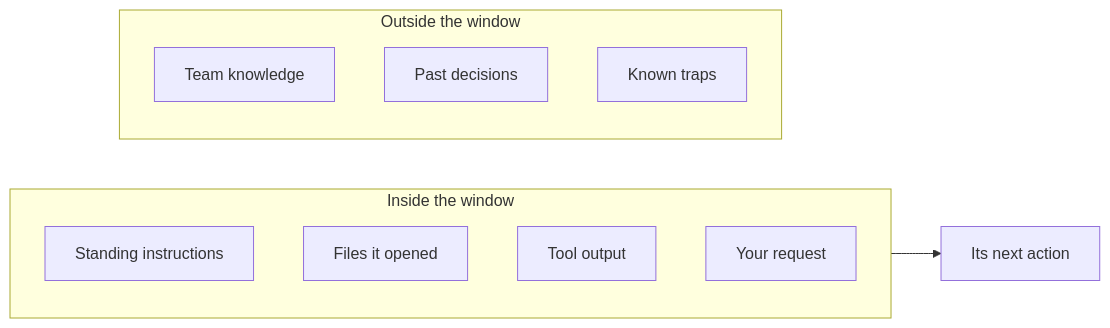
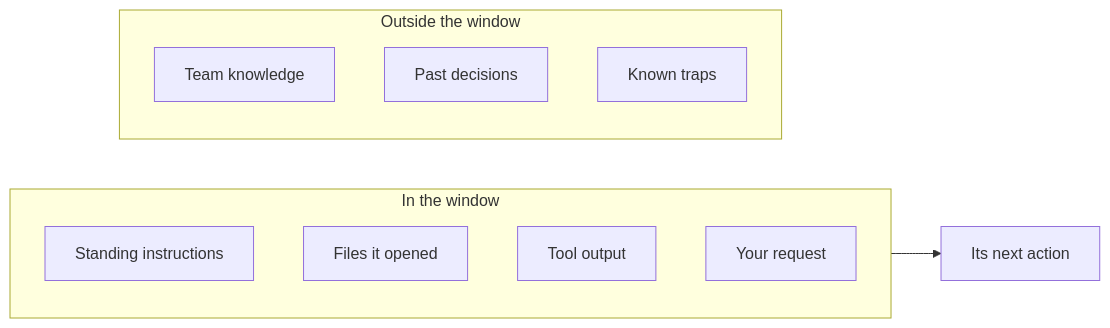
The second of 4 diagrams in engineering/decisions/2026-09-24-agentic-practice-audit/agentic-engineering-practices.md (Laticent/lattice), drawn with Mermaid before and after one commit. The commit also changed other lines of this file and 1 other file, not shown here.

````diff
--- a/engineering/decisions/2026-09-24-agentic-practice-audit/agentic-engineering-practices.md
+++ b/engineering/decisions/2026-09-24-agentic-practice-audit/agentic-engineering-practices.md
@@ -79,15 +102,15 @@
 ```mermaid
 flowchart LR
-  subgraph IN["Inside the window"]
+  subgraph IN["In the window"]
     A["Standing instructions"]
     B["Files it opened"]
     C["Tool output"]
     D["Your request"]
   end
   subgraph OUT["Outside the window"]
     E["Team knowledge"]
     F["Past decisions"]
     G["Known traps"]
   end
   IN --> H["Its next action"]
 ```
````
